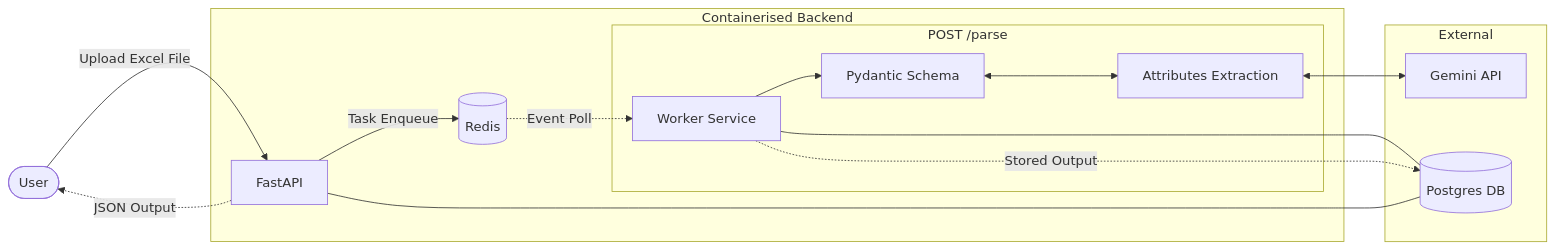
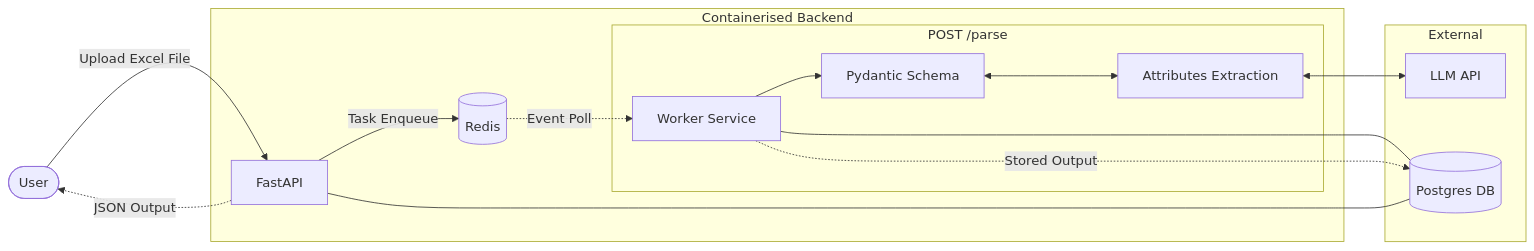
The diagram in README.md (alberttjc/excel-parser), drawn with Mermaid before and after one commit.

Commit message:
doc: update gemini API

````diff
--- a/README.md
+++ b/README.md
@@ -20,22 +20,22 @@
 ```mermaid
 graph LR
     User([User]) -->|Upload Excel File| API[FastAPI]
 
     subgraph App [Containerised Backend]
         API -->|Task Enqueue| Redis[(Redis)]
         Redis -.->|Event Poll| Worker[Worker Service]
 
         subgraph Logic [POST /parse]
             Worker --> Models[Pydantic Schema]
             Models <--> Agents[Attributes Extraction]
         end
     end
 
     subgraph Service [External]
-        Agents <--> Gemini[Gemini API]
+        Agents <--> LLM[LLM API]
         API & Worker --- DB[(Postgres DB)]
     end
 
     API -.->|JSON Output| User
     Worker -.->|Stored Output| DB
 ```
````
